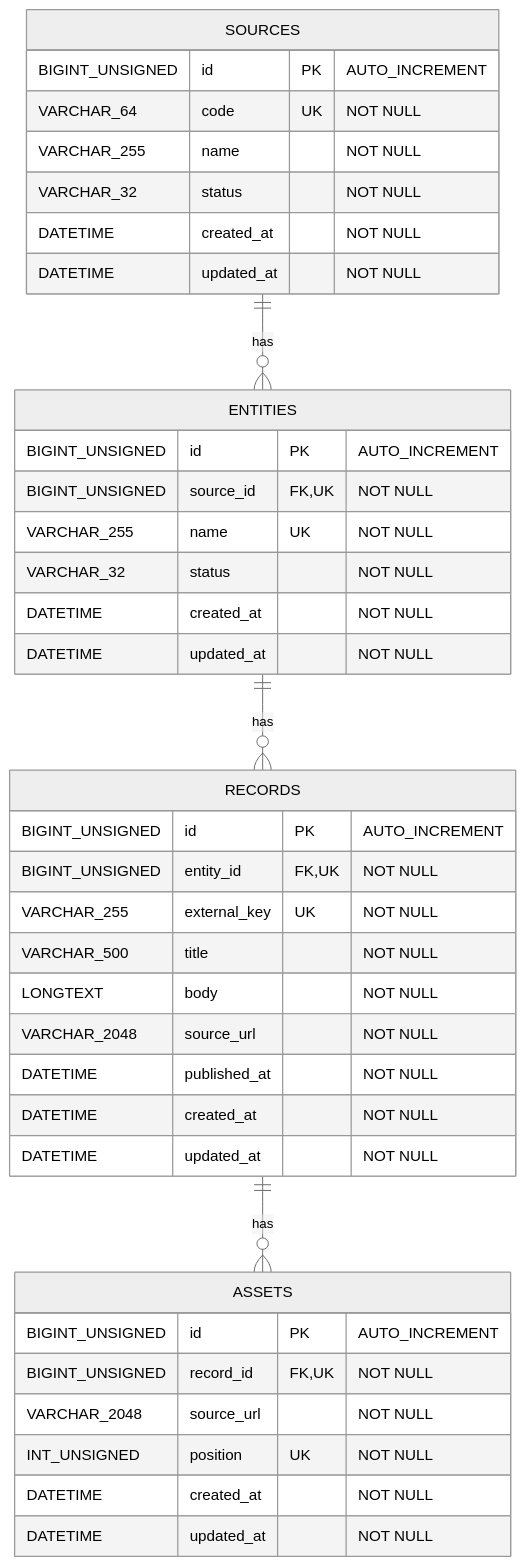
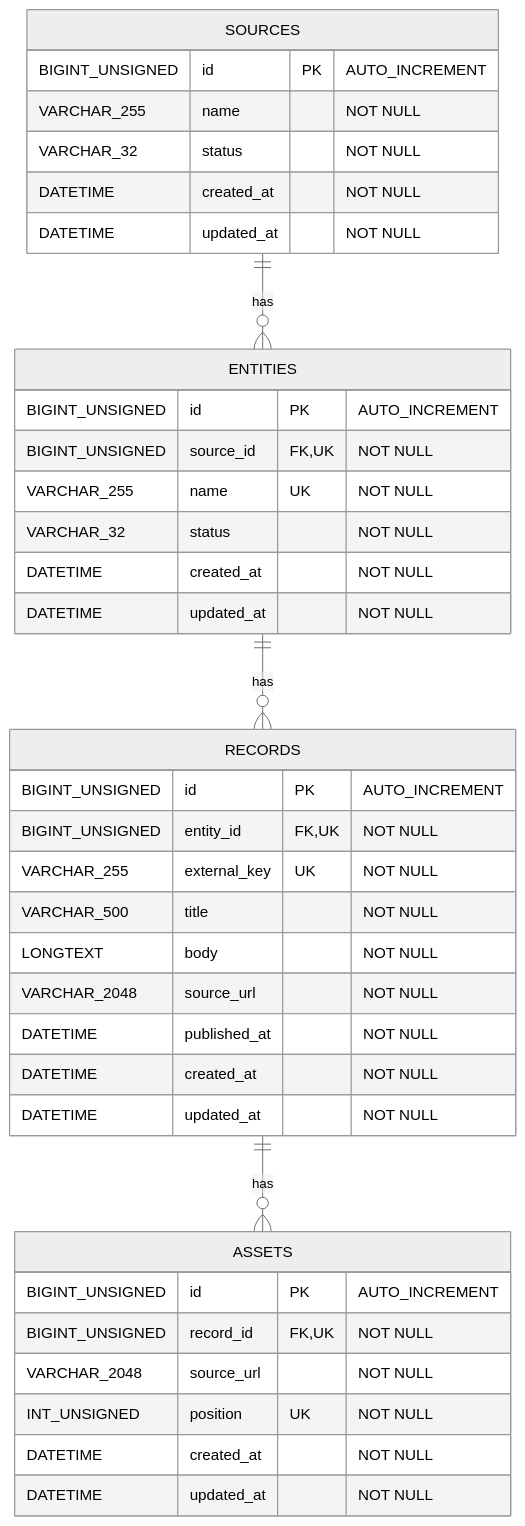
The diagram in docs/db/er-diagram.md (kishimin/slope-collector), drawn with Mermaid (neutral theme) before and after one commit. The commit also changed other lines of this file, not shown here.

Commit message:
docs: remove source code from ER diagram

````diff
--- a/docs/db/er-diagram.md
+++ b/docs/db/er-diagram.md
@@ -3,45 +3,44 @@
 ```mermaid
 erDiagram
     SOURCES ||--o{ ENTITIES : has
     ENTITIES ||--o{ RECORDS : has
     RECORDS ||--o{ ASSETS : has
 
     SOURCES {
         BIGINT_UNSIGNED id PK "AUTO_INCREMENT"
-        VARCHAR_64 code UK "NOT NULL"
         VARCHAR_255 name "NOT NULL"
         VARCHAR_32 status "NOT NULL"
         DATETIME created_at "NOT NULL"
         DATETIME updated_at "NOT NULL"
     }
 
     ENTITIES {
         BIGINT_UNSIGNED id PK "AUTO_INCREMENT"
         BIGINT_UNSIGNED source_id FK,UK "NOT NULL"
         VARCHAR_255 name UK "NOT NULL"
         VARCHAR_32 status "NOT NULL"
         DATETIME created_at "NOT NULL"
         DATETIME updated_at "NOT NULL"
     }
 
     RECORDS {
         BIGINT_UNSIGNED id PK "AUTO_INCREMENT"
         BIGINT_UNSIGNED entity_id FK,UK "NOT NULL"
         VARCHAR_255 external_key UK "NOT NULL"
         VARCHAR_500 title "NOT NULL"
         LONGTEXT body "NOT NULL"
         VARCHAR_2048 source_url "NOT NULL"
         DATETIME published_at "NOT NULL"
         DATETIME created_at "NOT NULL"
         DATETIME updated_at "NOT NULL"
     }
 
     ASSETS {
         BIGINT_UNSIGNED id PK "AUTO_INCREMENT"
         BIGINT_UNSIGNED record_id FK,UK "NOT NULL"
         VARCHAR_2048 source_url "NOT NULL"
         INT_UNSIGNED position UK "NOT NULL"
         DATETIME created_at "NOT NULL"
         DATETIME updated_at "NOT NULL"
     }
 ```
````
